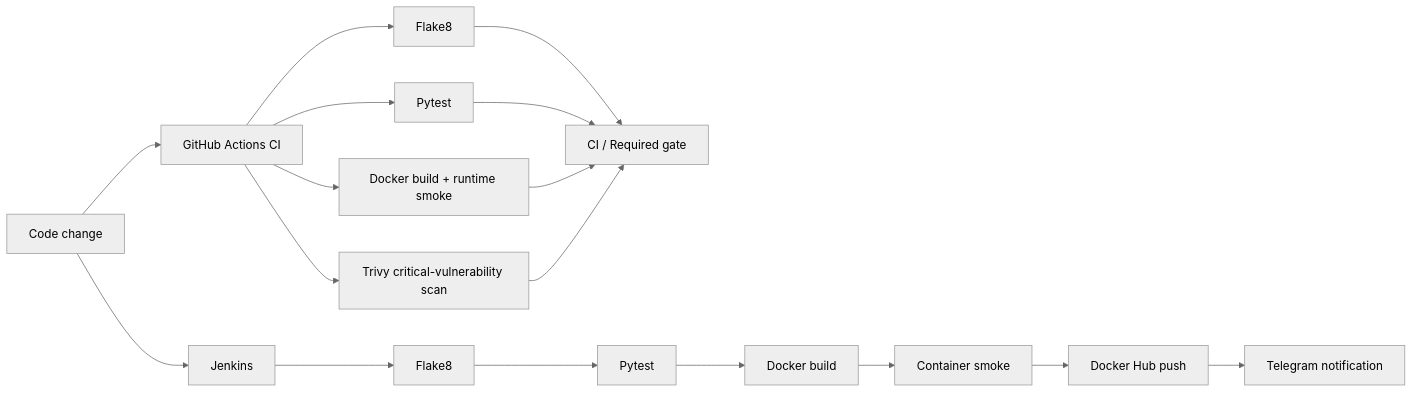
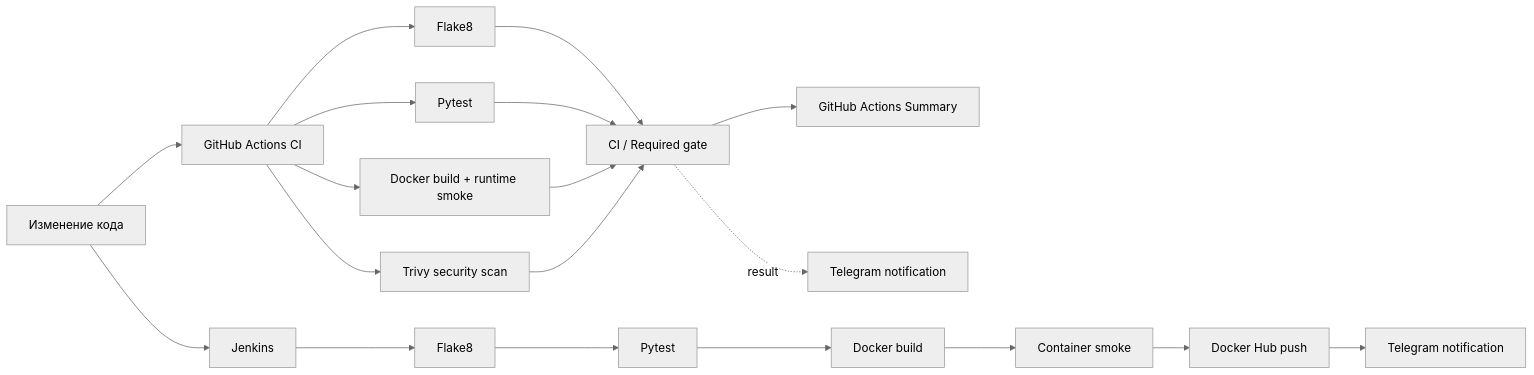
Before and after one commit to TokhirjonYuldoshev/my-docker-project: the diagram in README.md, drawn with Mermaid (neutral theme). The commit also changed other lines of this file, not shown here.

````diff
--- a/README.md
+++ b/README.md
@@ -12,20 +13,22 @@
 ```mermaid
 flowchart LR
-    C[Code change] --> GH[GitHub Actions CI]
+    C[Изменение кода] --> GH[GitHub Actions CI]
     GH --> Q1[Flake8]
     GH --> T1[Pytest]
     GH --> D1[Docker build + runtime smoke]
-    GH --> V1[Trivy critical-vulnerability scan]
+    GH --> V1[Trivy security scan]
     Q1 --> G[CI / Required gate]
     T1 --> G
     D1 --> G
     V1 --> G
+    G --> S[GitHub Actions Summary]
+    G -. result .-> TG[Telegram notification]
 
     C --> J[Jenkins]
     J --> Q2[Flake8]
     Q2 --> T2[Pytest]
     T2 --> B2[Docker build]
     B2 --> S2[Container smoke]
     S2 --> H[Docker Hub push]
     H --> N[Telegram notification]
 ```
````
